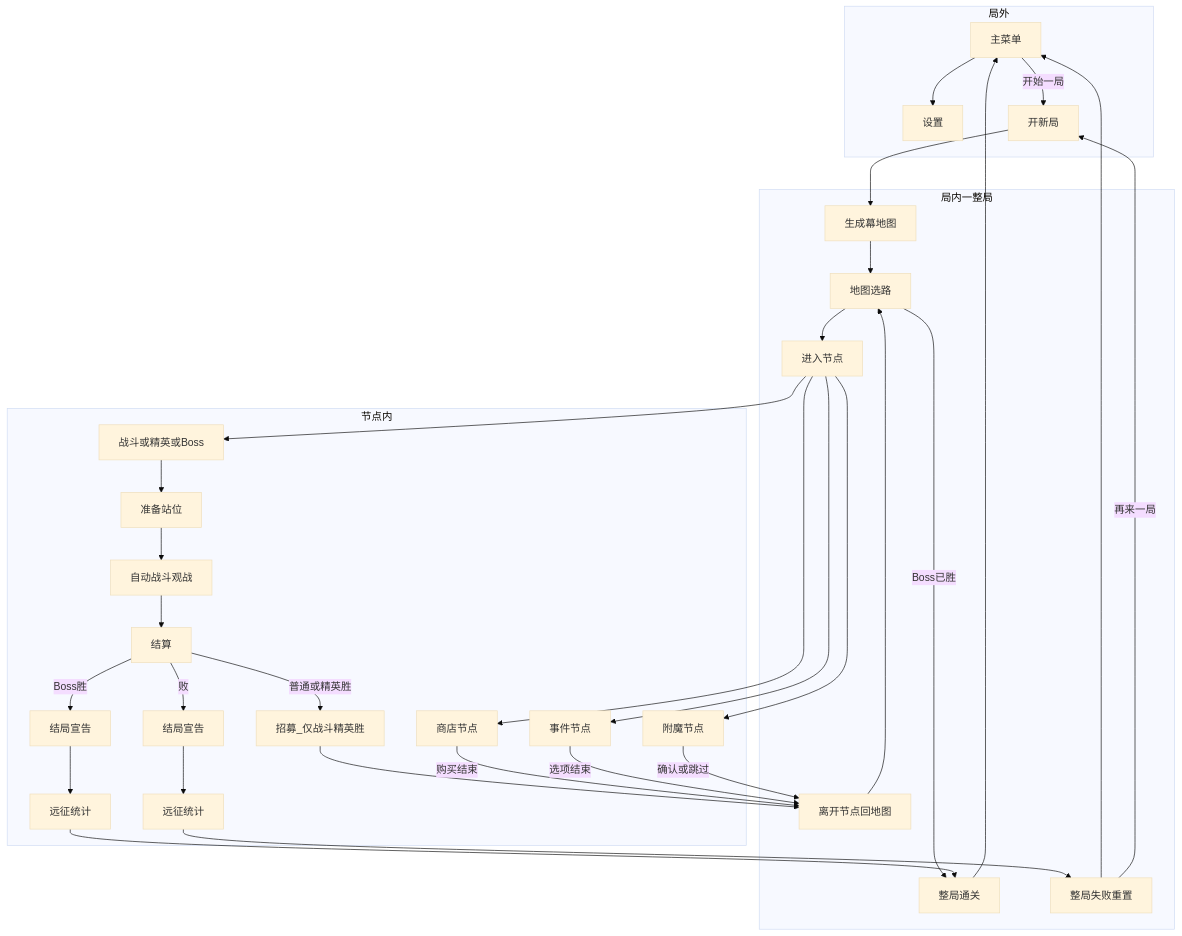
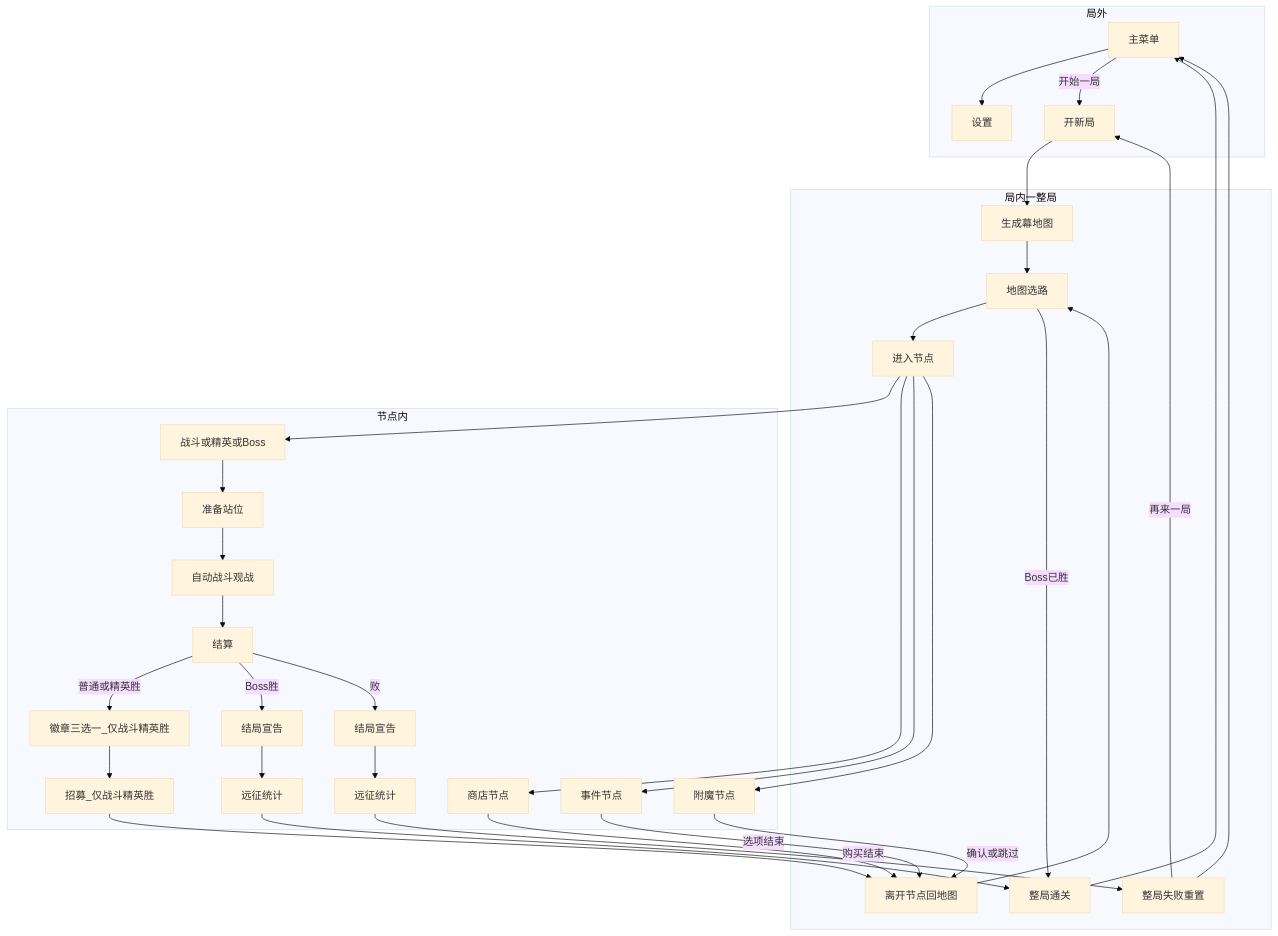
One commit to Kanerickyz/project-autochess changed the diagram in Documents/Features/GAME_LOOP.md. Above: the diagram before and after it, drawn with Mermaid (base theme). The commit also changed other lines of this file and 7 other files, not shown here.

````diff
--- a/Documents/Features/GAME_LOOP.md
+++ b/Documents/Features/GAME_LOOP.md
@@ -104,52 +105,53 @@
 ```mermaid
 flowchart TD
   subgraph Meta[局外]
     MainMenu[主菜单]
     Settings[设置]
     MainMenu --> Settings
     MainMenu -->|开始一局| NewRun[开新局]
   end
 
   subgraph RunLoop[局内一整局]
     GenMap[生成幕地图]
     MapSelect[地图选路]
     EnterNode[进入节点]
     LeaveNode[离开节点回地图]
     RunWin[整局通关]
     RunLose[整局失败重置]
     NewRun --> GenMap --> MapSelect
     MapSelect --> EnterNode
     LeaveNode --> MapSelect
     MapSelect -->|Boss已胜| RunWin
   end
 
   subgraph NodeInner[节点内]
     CombatNode[战斗或精英或Boss]
     ShopNode[商店节点]
     EventNode[事件节点]
     EnchantNode[附魔节点]
     Prep[准备站位]
     AutoCombat[自动战斗观战]
     Resolve[结算]
+    Badge[徽章三选一_仅战斗精英胜]
     Recruit[招募_仅战斗精英胜]
     CombatNode --> Prep --> AutoCombat --> Resolve
-    Resolve -->|普通或精英胜| Recruit --> LeaveNode
+    Resolve -->|普通或精英胜| Badge --> Recruit --> LeaveNode
     Resolve -->|Boss胜| RunResult[结局宣告]
     RunResult --> RunStats[远征统计]
     RunStats --> RunWin
     Resolve -->|败| RunLoseResult[结局宣告]
     RunLoseResult --> RunLoseStats[远征统计]
     RunLoseStats --> RunLose
     ShopNode -->|购买结束| LeaveNode
     EventNode -->|选项结束| LeaveNode
     EnchantNode -->|确认或跳过| LeaveNode
   end
 
   EnterNode --> CombatNode
   EnterNode --> ShopNode
   EnterNode --> EventNode
   EnterNode --> EnchantNode
   RunWin --> MainMenu
   RunLose --> MainMenu
   RunLose -->|再来一局| NewRun
 ```
````
